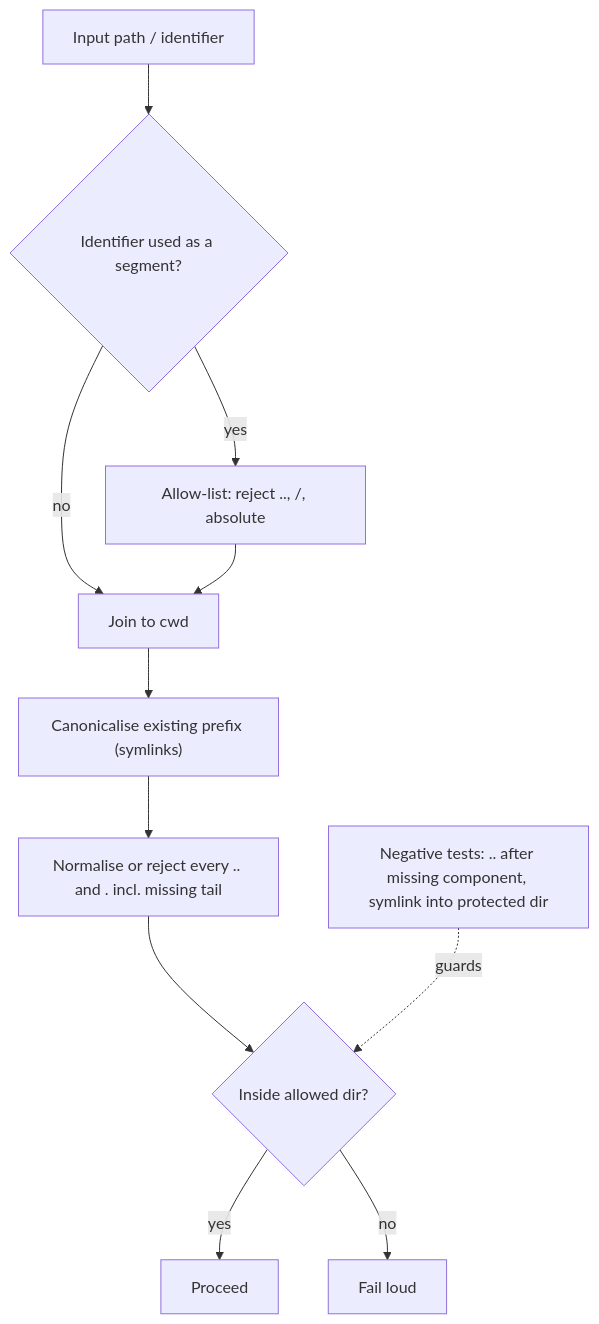
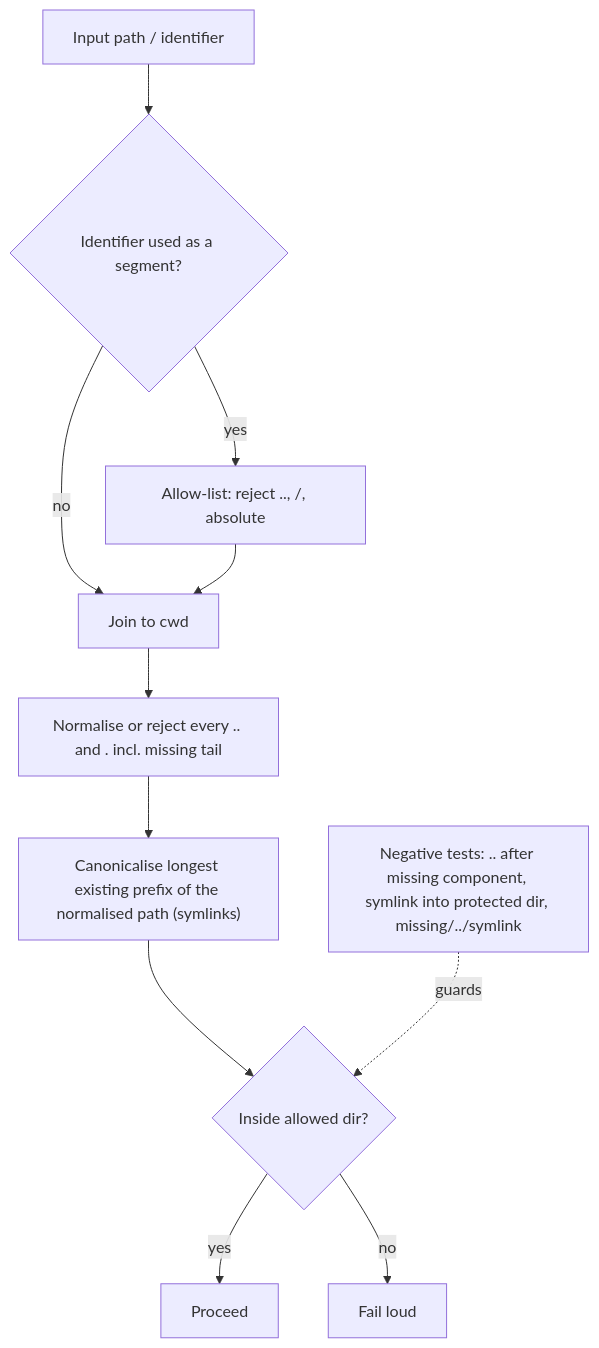
The diagram in docs/archive/pr-summaries/pr-summary-2885.md (stSoftwareAU/VibeCoder), drawn with Mermaid before and after one commit. The commit also changed other lines of this file and 2 other files, not shown here.

First line of the commit message:
Path confinement: normalise before canonicalising, add the missing/../symlink case (#2885)

````diff
--- a/docs/archive/pr-summaries/pr-summary-2885.md
+++ b/docs/archive/pr-summaries/pr-summary-2885.md
@@ -43,13 +47,13 @@
 ```mermaid
 flowchart TD
   P["Input path / identifier"] --> V{"Identifier used as a segment?"}
   V -- "yes" --> A["Allow-list: reject .., /, absolute"]
   V -- "no" --> J
   A --> J["Join to cwd"]
-  J --> C["Canonicalise existing prefix (symlinks)"]
-  C --> N["Normalise or reject every .. and . incl. missing tail"]
-  N --> K{"Inside allowed dir?"}
+  J --> N["Normalise or reject every .. and . incl. missing tail"]
+  N --> C["Canonicalise longest existing prefix of the normalised path (symlinks)"]
+  C --> K{"Inside allowed dir?"}
   K -- "yes" --> OK["Proceed"]
   K -- "no" --> F["Fail loud"]
-  T["Negative tests: .. after missing component, symlink into protected dir"] -.guards.-> K
+  T["Negative tests: .. after missing component, symlink into protected dir, missing/../symlink"] -.guards.-> K
 ```
````
